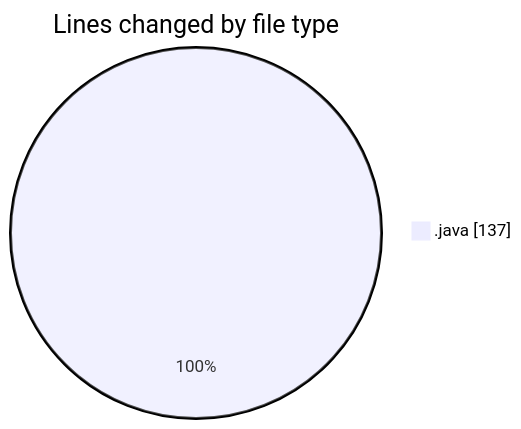
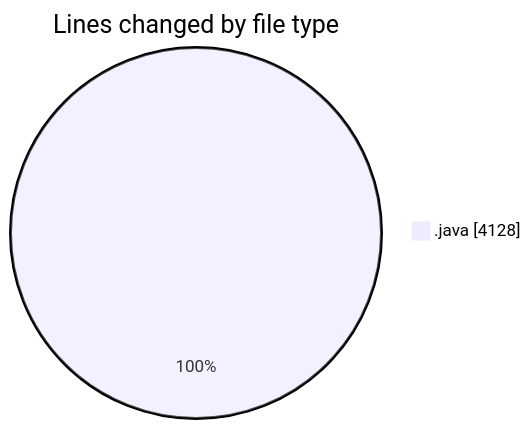
Before and after one commit to ricardozamudiocil/code-tracking: the first of 2 diagrams in 2026-05-20/cilapp/README.md, drawn with Mermaid. The commit also changed other lines of this file and 1 other file, not shown here.

````diff
--- a/2026-05-20/cilapp/README.md
+++ b/2026-05-20/cilapp/README.md
@@ -20,5 +22,5 @@
 ```mermaid
 pie showData
 title Lines changed by file type
-".java" : 137
+".java" : 4128
 ```
````
